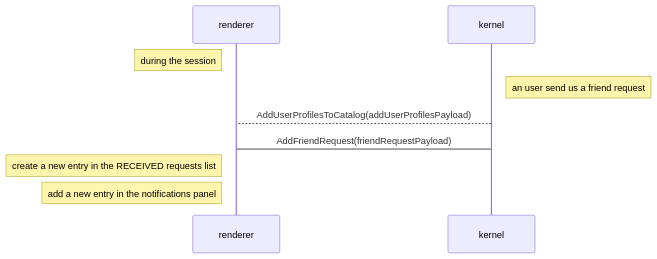
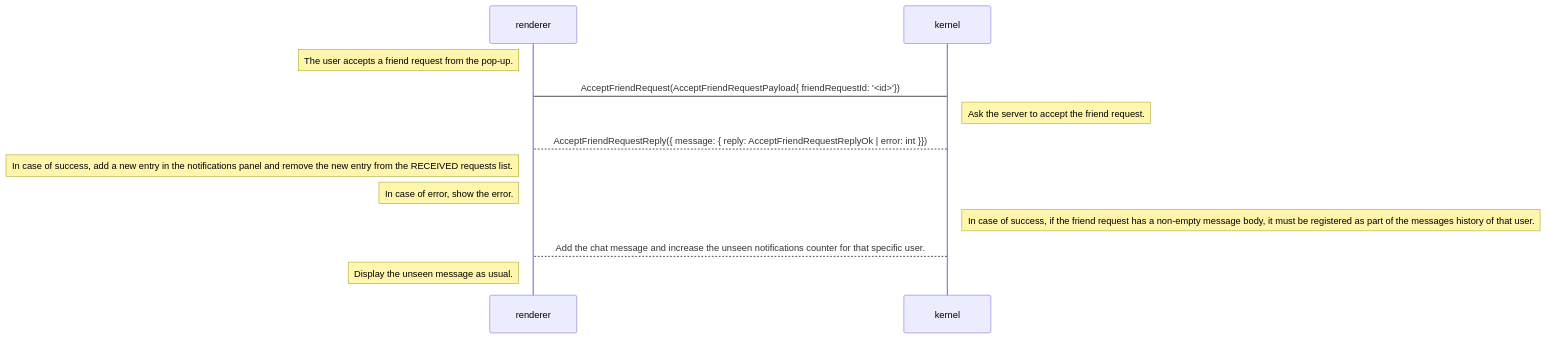
One commit to decentraland/adr changed the third of 9 diagrams in content/ADR-137-new-friend-request.md. Above: the diagram before and after it, drawn with Mermaid. The commit also changed other lines of this file, not shown here.

````diff
--- a/content/ADR-137-new-friend-request.md
+++ b/content/ADR-137-new-friend-request.md
@@ -119,12 +113,15 @@
 ```mermaid
 sequenceDiagram
   participant renderer
   participant kernel
   
-note left of renderer: during the session
-note right of kernel: an user send us a friend request
-kernel-->renderer: AddUserProfilesToCatalog(addUserProfilesPayload)
-kernel->renderer: AddFriendRequest(friendRequestPayload)
-note left of renderer: create a new entry in the RECEIVED requests list
-note left of renderer: add a new entry in the notifications panel
+note left of renderer: The user accepts a friend request from the pop-up.
+renderer->kernel: AcceptFriendRequest(AcceptFriendRequestPayload{ friendRequestId: '<id>'})
+note right of kernel: Ask the server to accept the friend request.
+kernel-->renderer: AcceptFriendRequestReply({ message: { reply: AcceptFriendRequestReplyOk | error: int }})
+note left of renderer: In case of success, add a new entry in the notifications panel and remove the new entry from the RECEIVED requests list.
+note left of renderer: In case of error, show the error.
+note right of kernel: In case of success, if the friend request has a non-empty message body, it must be registered as part of the messages history of that user.
+kernel-->renderer: Add the chat message and increase the unseen notifications counter for that specific user.
+note left of renderer: Display the unseen message as usual.
 ```
````
